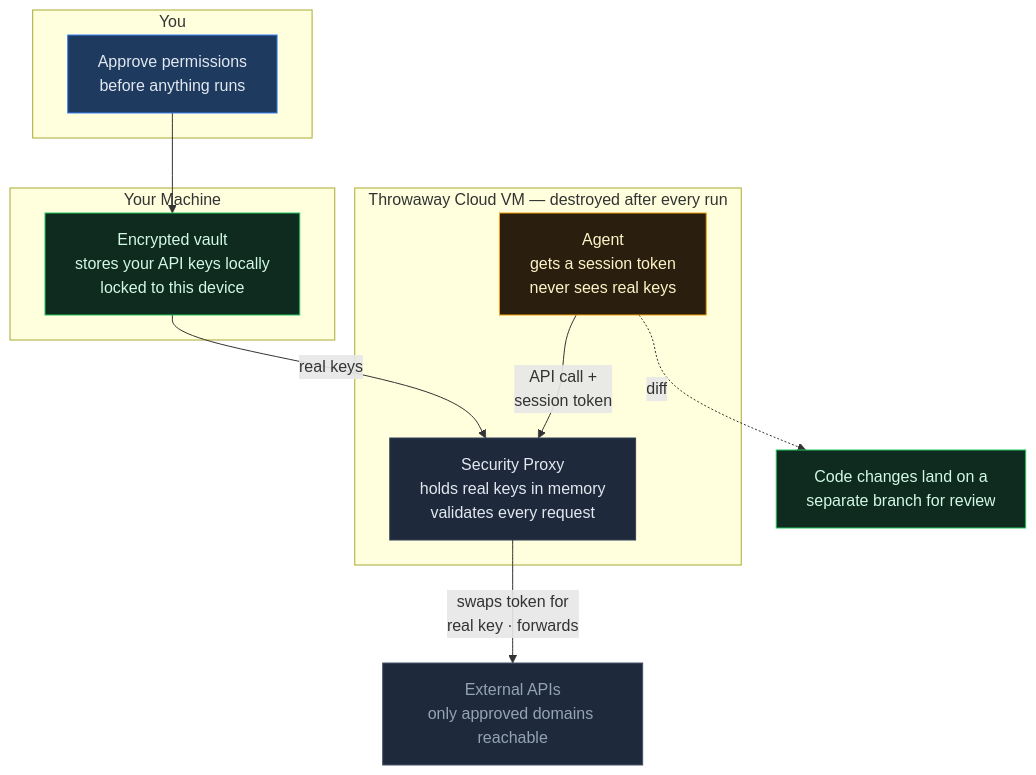
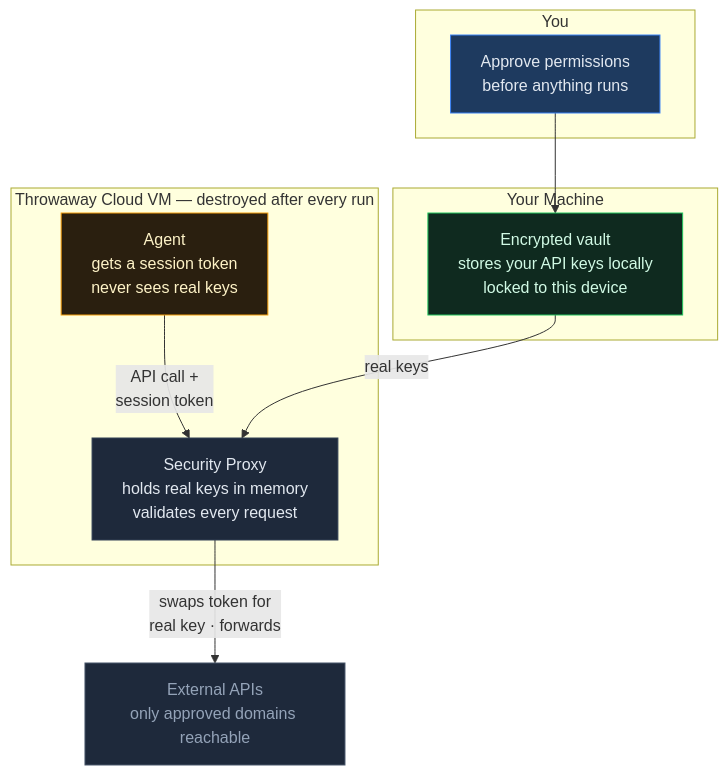
One commit to andybrowning5/primordial-agentstore changed the diagram in docs/diagrams/security-model.mmd. Above: the diagram before and after it, drawn with Mermaid. The commit also changed 2 other files, not shown here.

Commit message:
Remove diff/branch from security diagram — focus on key flow

```diff
--- a/docs/diagrams/security-model.mmd
+++ b/docs/diagrams/security-model.mmd
@@ -1,34 +1,32 @@
 graph TB
     subgraph you ["You"]
         approve["Approve permissions\nbefore anything runs"]
     end
 
     subgraph machine ["Your Machine"]
         vault["Encrypted vault\nstores your API keys locally\nlocked to this device"]
     end
 
     subgraph cloud ["Throwaway Cloud VM — destroyed after every run"]
         agent["Agent\ngets a session token\nnever sees real keys"]
         proxy["Security Proxy\nholds real keys in memory\nvalidates every request"]
         agent -->|"API call +\nsession token"| proxy
     end
 
     apis["External APIs\nonly approved domains reachable"]
 
-    branch["Code changes land on a\nseparate branch for review"]
-
     approve --> vault
     vault -->|"real keys"| proxy
     proxy -->|"swaps token for\nreal key · forwards"| apis
-    agent -.->|"diff"| branch
 
     classDef default fill:#1e293b,stroke:#334155,color:#e2e8f0
     classDef green fill:#0f2a1f,stroke:#22c55e,color:#d1fae5
     classDef amber fill:#2a1f0f,stroke:#f59e0b,color:#fef3c7
+
     classDef blue fill:#1e3a5f,stroke:#3b82f6,color:#e2e8f0
     classDef dim fill:#1e293b,stroke:#475569,color:#94a3b8
 
-    class vault,branch green
+    class vault green
     class agent amber
     class approve blue
     class apis dim
```
